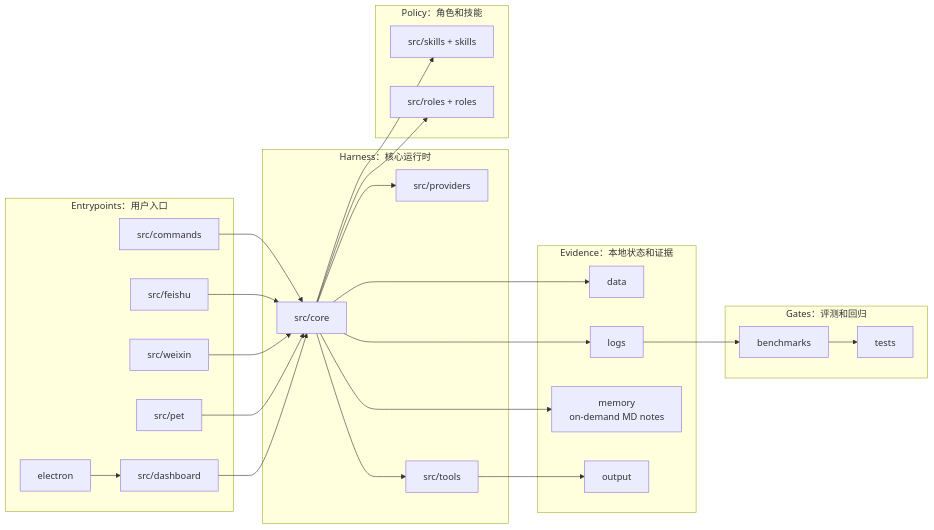
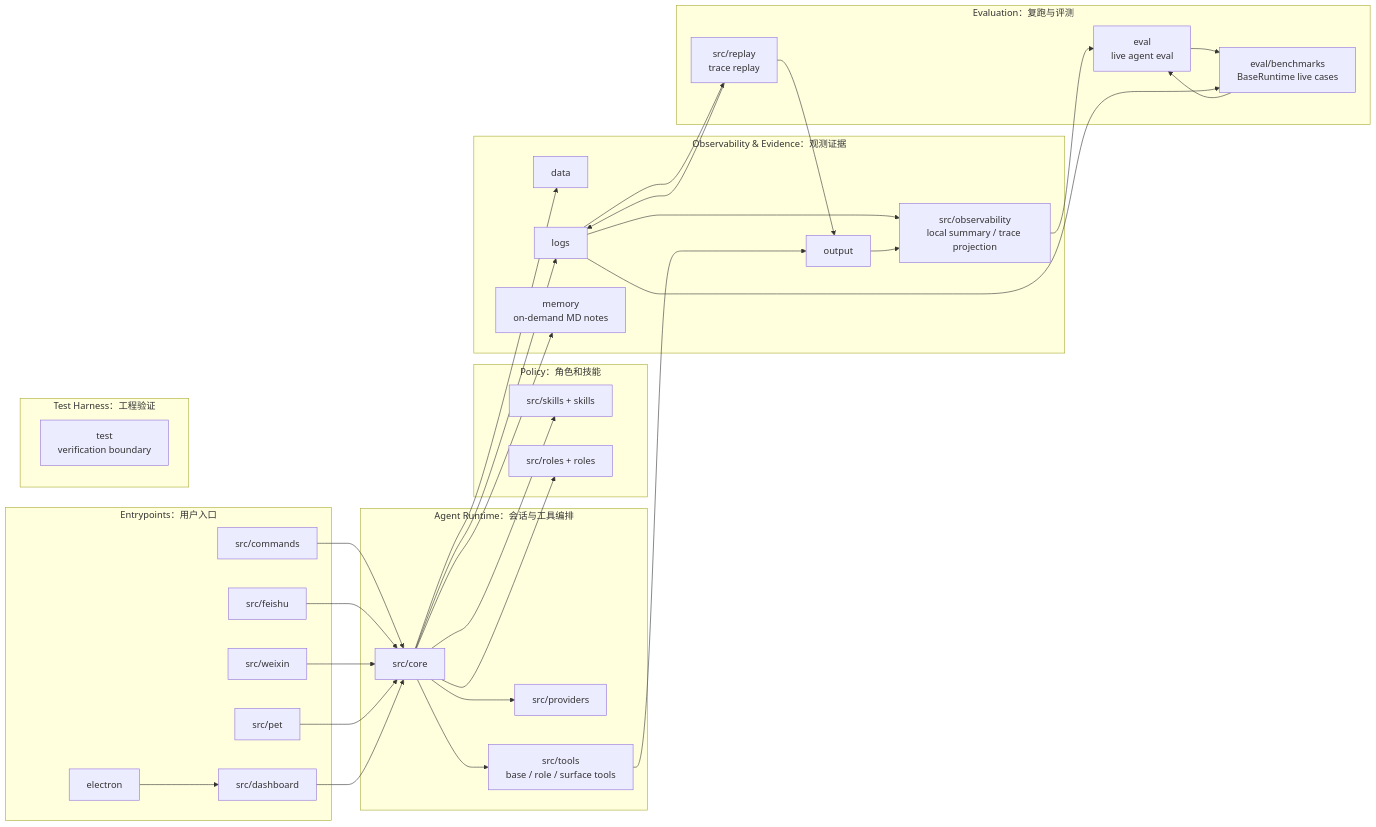
The first of 3 diagrams in docs/SPEC.md (fightheyyy/XiaoBa-CLI), drawn with Mermaid before and after one commit. The commit also changed other lines of this file and 155 other files, not shown here.

Commit message:
Add live eval boundary and trace replay

````diff
--- a/docs/SPEC.md
+++ b/docs/SPEC.md
@@ -46,53 +59,66 @@
 ```mermaid
 flowchart LR
     subgraph Entrypoints["Entrypoints：用户入口"]
         Commands["src/commands"]
         Feishu["src/feishu"]
         Weixin["src/weixin"]
         Pet["src/pet"]
         Dashboard["src/dashboard"]
         Electron["electron"]
     end
 
-    subgraph Harness["Harness：核心运行时"]
+    subgraph Harness["Agent Runtime：会话与工具编排"]
         Core["src/core"]
         Providers["src/providers"]
-        Tools["src/tools"]
+        Tools["src/tools<br/>base / role / surface tools"]
     end
 
     subgraph Policy["Policy：角色和技能"]
         Skills["src/skills + skills"]
         Roles["src/roles + roles"]
     end
 
-    subgraph Evidence["Evidence：本地状态和证据"]
+    subgraph Observe["Observability & Evidence：观测证据"]
         Data["data"]
         Logs["logs"]
         Memory["memory<br/>on-demand MD notes"]
         Output["output"]
+        Obs["src/observability<br/>local summary / trace projection"]
     end
 
-    subgraph Gates["Gates：评测和回归"]
-        Benchmarks["benchmarks"]
-        Tests["tests"]
+    subgraph TestHarness["Test Harness：工程验证"]
+        Test["test<br/>verification boundary"]
+    end
+
+    subgraph Evaluation["Evaluation：复跑与评测"]
+        Replay["src/replay<br/>trace replay"]
+        Eval["eval<br/>live agent eval"]
+        EvalBench["eval/benchmarks<br/>BaseRuntime live cases"]
     end
 
     Commands --> Core
     Feishu --> Core
     Weixin --> Core
     Pet --> Core
     Dashboard --> Core
     Electron --> Dashboard
 
     Core --> Providers
     Core --> Tools
     Core --> Skills
     Core --> Roles
     Core --> Data
     Core --> Logs
     Core --> Memory
     Tools --> Output
+    Logs --> Obs
+    Output --> Obs
 
-    Logs --> Benchmarks
-    Benchmarks --> Tests
+    Logs --> Replay
+    Replay --> Logs
+    Replay --> Output
+    Eval --> EvalBench
+    Logs --> EvalBench
+    EvalBench --> Eval
+    Obs --> Eval
 ```
````
